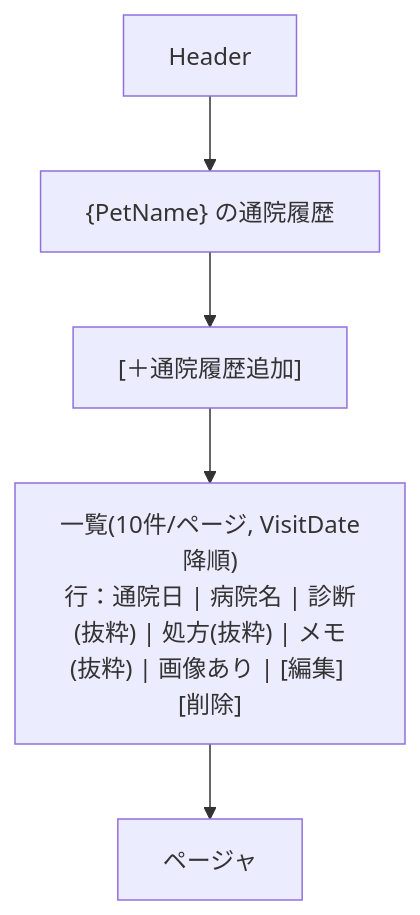
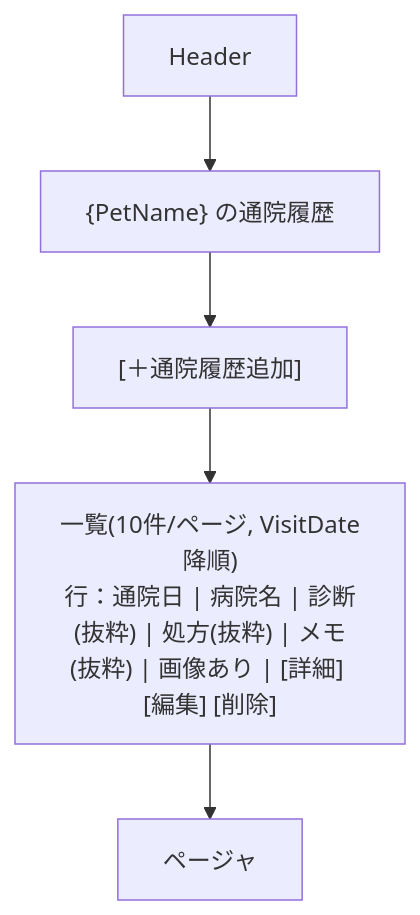
Before and after one commit to Cat5Dog2/PetHealthManagement: diagram 11 of 13 in docs/ui-wireframe.md, drawn with Mermaid. The commit also changed other lines of this file and 3 other files, not shown here.

````diff
--- a/docs/ui-wireframe.md
+++ b/docs/ui-wireframe.md
@@ -126,10 +165,10 @@
 ```mermaid
 flowchart TB
   Header["Header"]
   Title["{PetName} の通院履歴"]
   Actions["[＋通院履歴追加]"]
-  List["一覧(10件/ページ, VisitDate降順)<br/>行：通院日 | 病院名 | 診断(抜粋) | 処方(抜粋) | メモ(抜粋) | 画像あり | [編集] [削除]"]
+  List["一覧(10件/ページ, VisitDate降順)<br/>行：通院日 | 病院名 | 診断(抜粋) | 処方(抜粋) | メモ(抜粋) | 画像あり | [詳細] [編集] [削除]"]
   Pager["ページャ"]
 
   Header --> Title --> Actions --> List --> Pager
 ```
````
